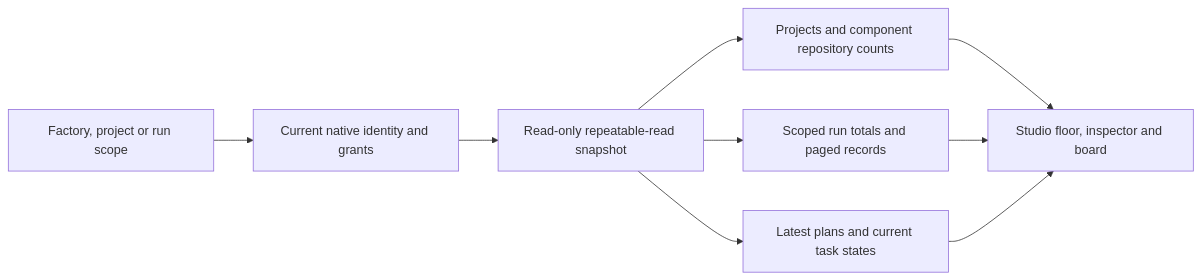
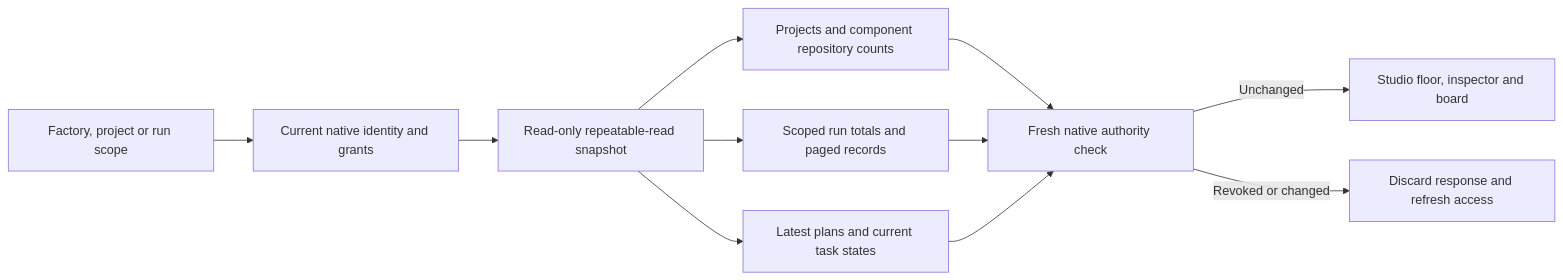
Before and after one commit to fireflyframework/firefly-forge: the diagram in docs/factory-dashboard.md, drawn with Mermaid. The commit also changed other lines of this file and 671 other files, not shown here.

````diff
--- a/docs/factory-dashboard.md
+++ b/docs/factory-dashboard.md
@@ -64,11 +85,13 @@
 ```mermaid
 flowchart LR
     A[Factory, project or run scope] --> B[Current native identity and grants]
     B --> C[Read-only repeatable-read snapshot]
     C --> D[Projects and component repository counts]
     C --> E[Scoped run totals and paged records]
     C --> F[Latest plans and current task states]
-    D --> G[Studio floor, inspector and board]
+    D --> G[Fresh native authority check]
     E --> G
     F --> G
+    G -->|Unchanged| H[Studio floor, inspector and board]
+    G -->|Revoked or changed| I[Discard response and refresh access]
 ```
````
